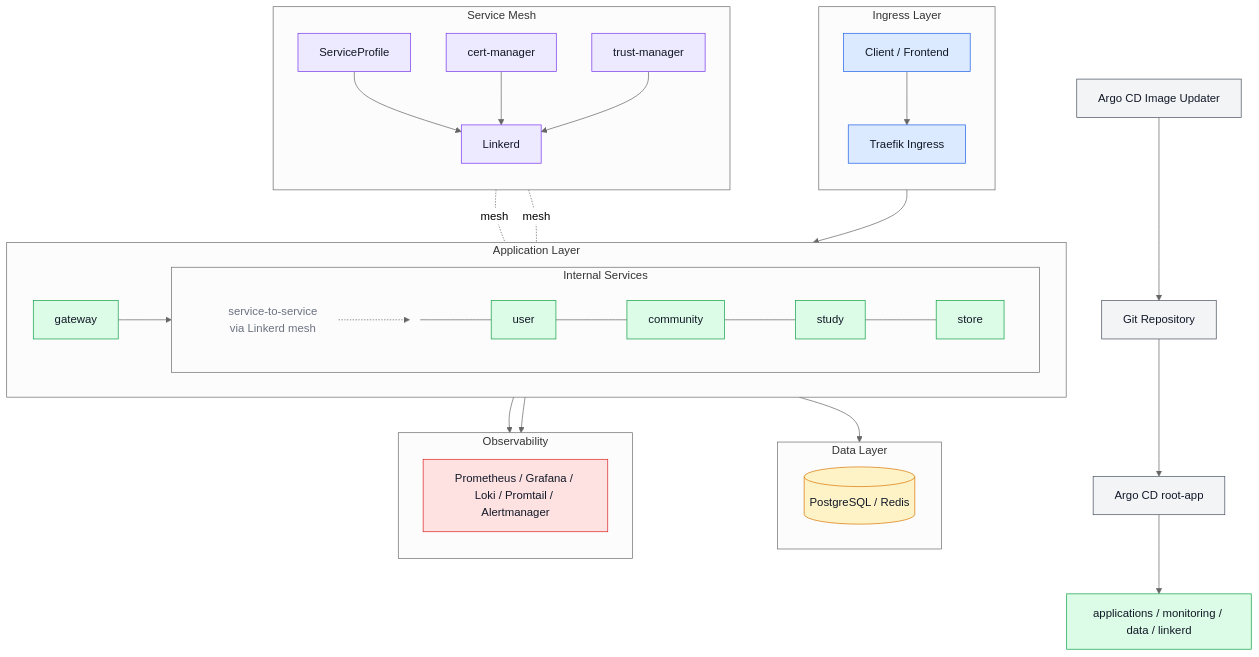
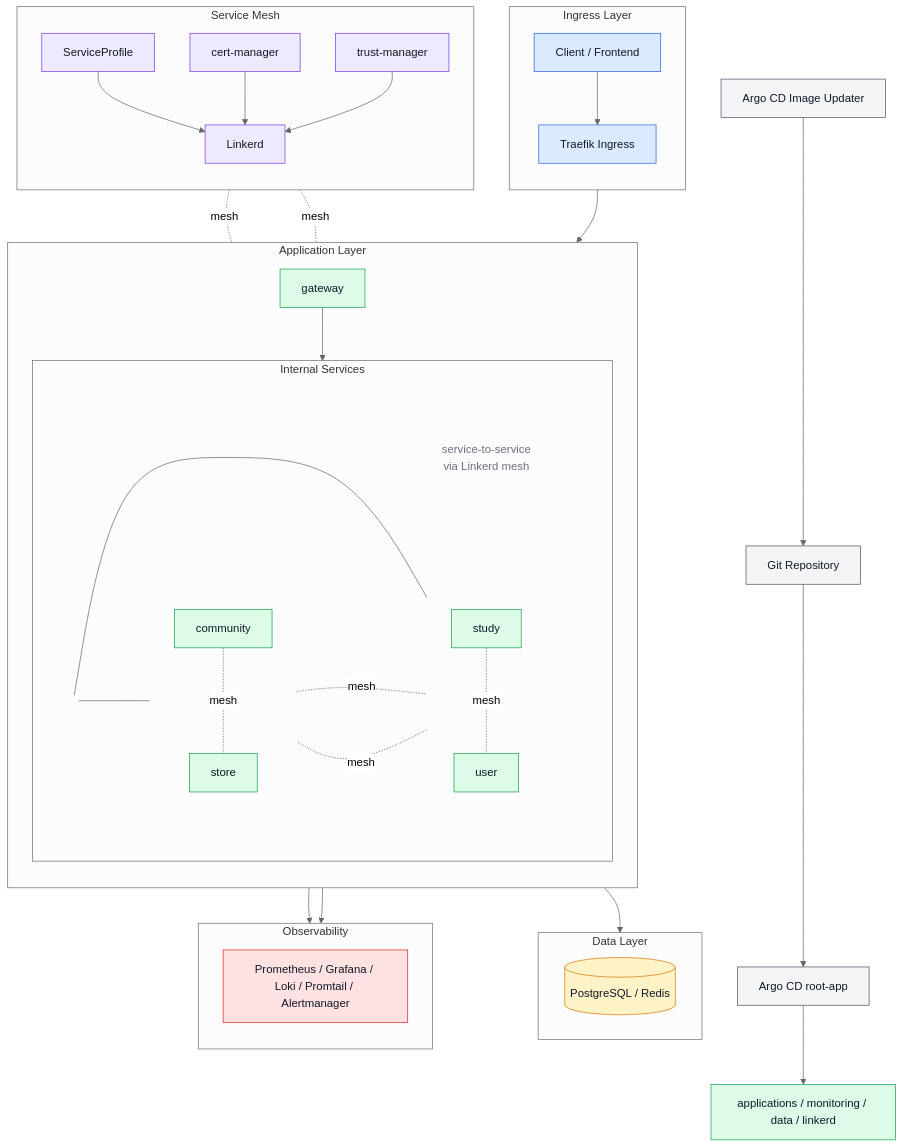
The diagram in README.md (checkMateit/checkmate-kubernetes), drawn with Mermaid (neutral theme) before and after one commit.

````diff
--- a/README.md
+++ b/README.md
@@ -37,23 +37,37 @@
     end
 
     subgraph App["Application Layer"]
-        direction LR
+        direction TB
         Gateway[gateway]
 
         subgraph ServicesBox["Internal Services"]
             direction LR
             ServicesAnchor(( ))
-            User[user]
-            Community[community]
-            Study[study]
-            Store[store]
-            MeshNote[service-to-service<br/>via Linkerd mesh]
+
+            subgraph LeftCol[" "]
+                direction TB
+                User[user]
+                Study[study]
+            end
+
+            subgraph MidCol[" "]
+                direction TB
+                MeshNote[service-to-service<br/>via Linkerd mesh]
+            end
+
+            subgraph RightCol[" "]
+                direction TB
+                Community[community]
+                Store[store]
+            end
 
             ServicesAnchor --- User
-            User --- Community
-            Community --- Study
-            Study --- Store
-            MeshNote -.-> ServicesAnchor
+            ServicesAnchor --- Community
+
+            User -. mesh .- Community
+            Community -. mesh .- Store
+            Store -. mesh .- Study
+            Study -. mesh .- User
         end
 
         Traefik --> Gateway
@@ -99,4 +113,7 @@
     class Monitoring obs;
     style ServicesAnchor fill:transparent,stroke:transparent,color:transparent;
     style MeshNote fill:transparent,stroke:transparent,color:#6b7280;
+    style LeftCol fill:transparent,stroke:transparent;
+    style MidCol fill:transparent,stroke:transparent;
+    style RightCol fill:transparent,stroke:transparent;
 ```
````
